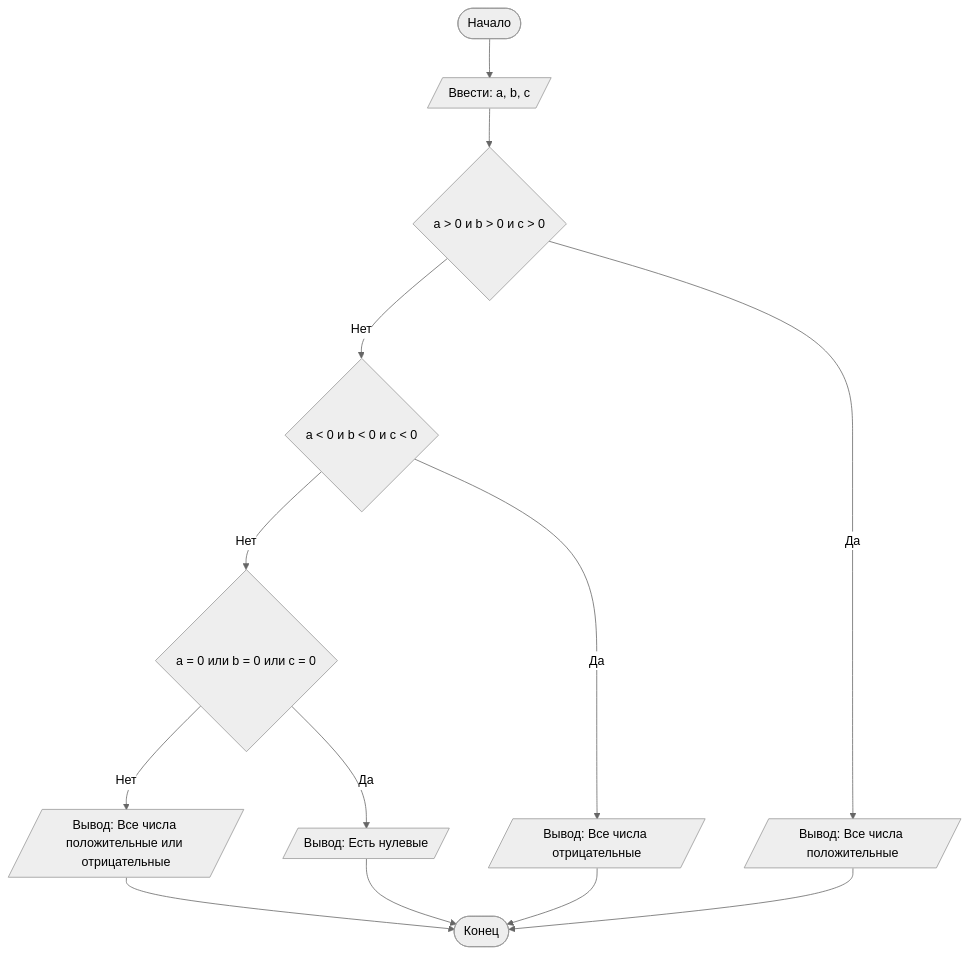
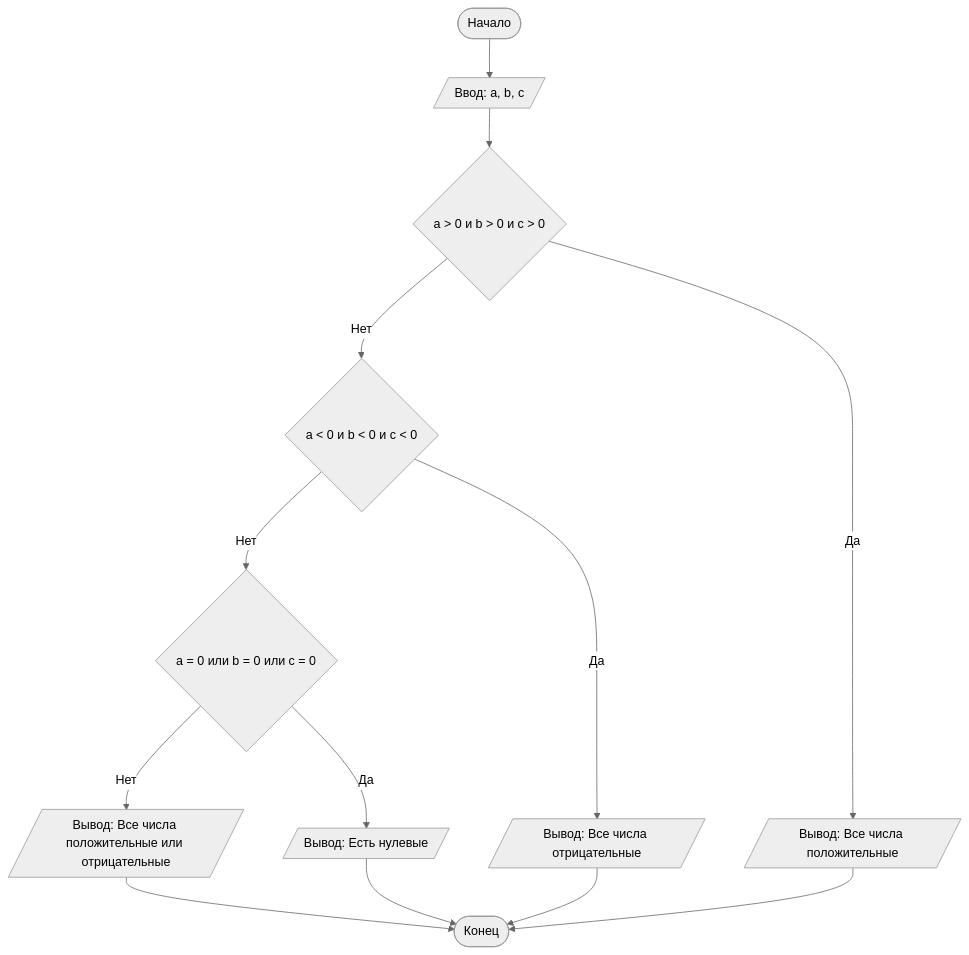
One commit to Juliana2501/Lab1 changed the diagram in README.md. Above: the diagram before and after it, drawn with Mermaid (neutral theme).

````diff
--- a/README.md
+++ b/README.md
@@ -81,17 +81,17 @@
 ```mermaid
 graph TD
 
-    A([Начало]) --> B[/Ввести: a, b, c/]
+    A([Начало]) --> B[/Ввод: a, b, c/]
     B --> C{a > 0 и b > 0 и c > 0}
     C -- Нет --> D{a < 0 и b < 0 и c < 0}
     D -- Нет --> E{a = 0 или b = 0 или c = 0}
     D -- Да --> H[/Вывод: Все числа отрицательные/]
     C -- Да --> I[/Вывод: Все числа положительные/]
     E -- Нет --> K[/Вывод: Все числа положительные или отрицательные/]
     E -- Да --> J[/Вывод: Есть нулевые/]
     K --> Z
     I --> Z
     H --> Z
     J --> Z([Конец])
 
 ```
````
